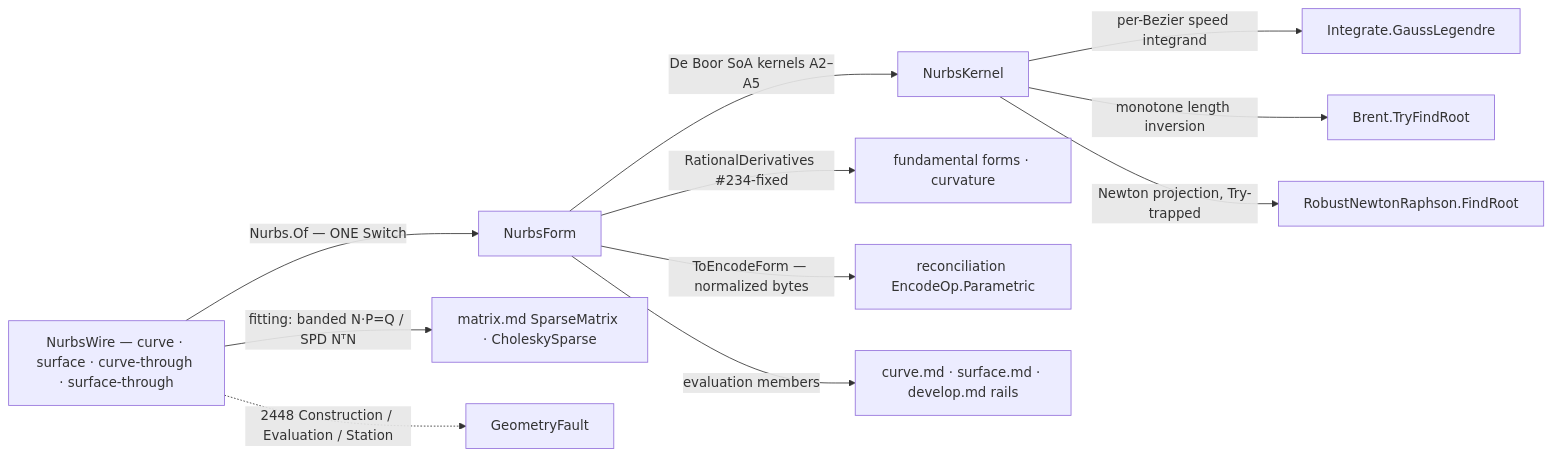
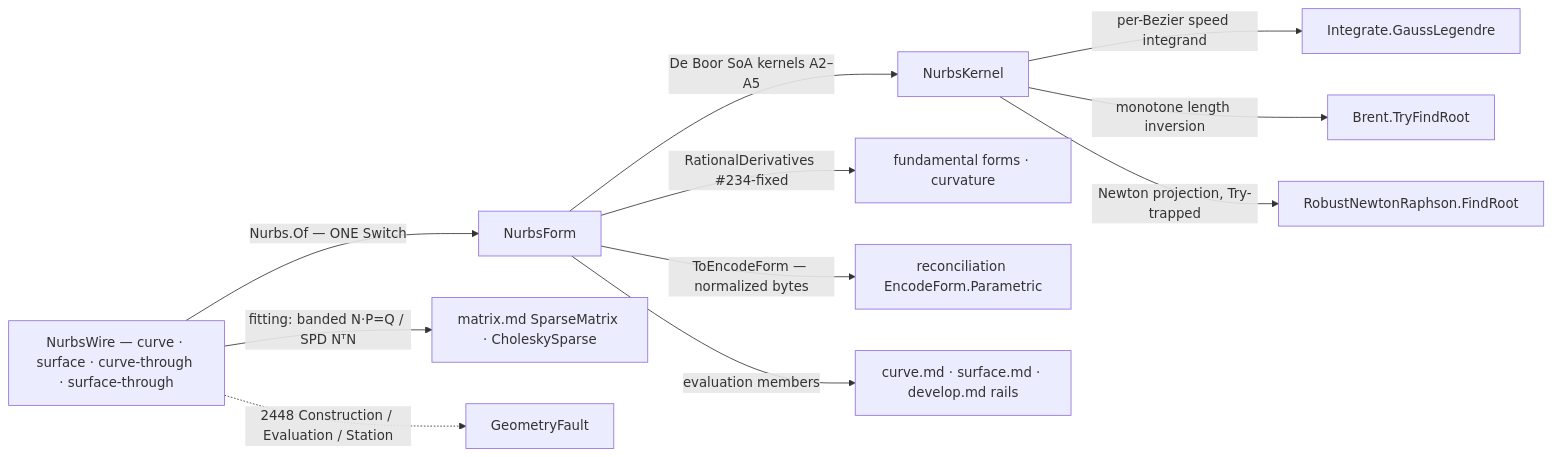
One commit to bsamiee/Rasm changed the diagram in libs/csharp/Rasm/.planning/Parametric/nurbs.md. Above: the diagram before and after it, drawn with Mermaid. The commit also changed other lines of this file and 68 other files, not shown here.

````diff
--- a/libs/csharp/Rasm/.planning/Parametric/nurbs.md
+++ b/libs/csharp/Rasm/.planning/Parametric/nurbs.md
@@ -405,13 +405,13 @@
 ```mermaid
 flowchart LR
     Wire["NurbsWire — curve · surface · curve-through · surface-through"] -->|"Nurbs.Of — ONE Switch"| NurbsForm
     Wire -->|"fitting: banded N·P=Q / SPD NᵀN"| Matrix["matrix.md SparseMatrix · CholeskySparse"]
     NurbsForm -->|"De Boor SoA kernels A2–A5"| NurbsKernel
     NurbsKernel -->|"per-Bezier speed integrand"| GaussLegendre["Integrate.GaussLegendre"]
     NurbsKernel -->|"monotone length inversion"| Brent["Brent.TryFindRoot"]
     NurbsKernel -->|"Newton projection, Try-trapped"| Newton["RobustNewtonRaphson.FindRoot"]
     NurbsForm -->|"RationalDerivatives #234-fixed"| Forms["fundamental forms · curvature"]
-    NurbsForm -->|"ToEncodeForm — normalized bytes"| EncodeForm["reconciliation EncodeOp.Parametric"]
+    NurbsForm -->|"ToEncodeForm — normalized bytes"| EncodeForm["reconciliation EncodeForm.Parametric"]
     NurbsForm -->|"evaluation members"| Consumers["curve.md · surface.md · develop.md rails"]
     Wire -.->|"2448 Construction / Evaluation / Station"| GeometryFault
 ```
````
